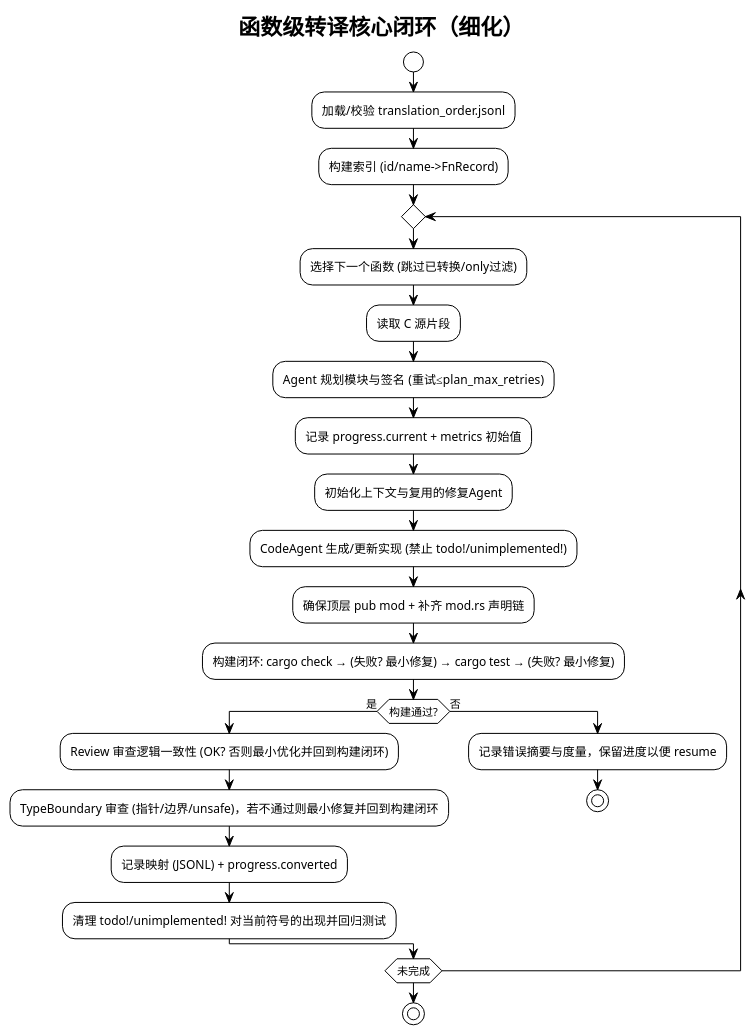
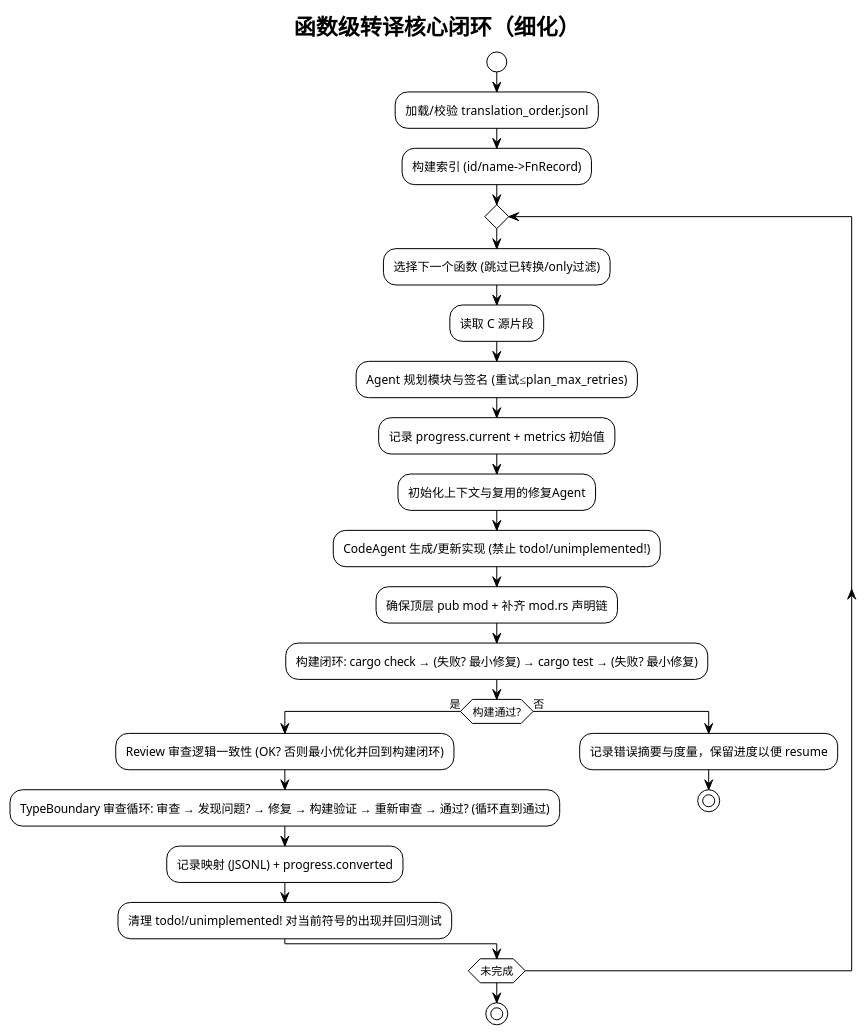
Before and after one commit to skyfireitdiy/Jarvis: diagram 52 of 60 in 技术报告.md, drawn with PlantUML. The commit also changed other lines of this file and 1 other file, not shown here.

````diff
--- a/技术报告.md
+++ b/技术报告.md
@@ -3730,30 +3730,30 @@
 ```plantuml
 @startuml
 !theme plain
 title 函数级转译核心闭环（细化）
 
 start
 :加载/校验 translation_order.jsonl;
 :构建索引 (id/name->FnRecord);
 repeat
   :选择下一个函数 (跳过已转换/only过滤);
   :读取 C 源片段;
   :Agent 规划模块与签名 (重试≤plan_max_retries);
   :记录 progress.current + metrics 初始值;
   :初始化上下文与复用的修复Agent;
   :CodeAgent 生成/更新实现 (禁止 todo!/unimplemented!);
   :确保顶层 pub mod + 补齐 mod.rs 声明链;
   :构建闭环: cargo check → (失败? 最小修复) → cargo test → (失败? 最小修复);
   if (构建通过?) then (是)
     :Review 审查逻辑一致性 (OK? 否则最小优化并回到构建闭环);
-    :TypeBoundary 审查 (指针/边界/unsafe)，若不通过则最小修复并回到构建闭环;
+    :TypeBoundary 审查循环: 审查 → 发现问题? → 修复 → 构建验证 → 重新审查 → 通过? (循环直到通过);
     :记录映射 (JSONL) + progress.converted;
     :清理 todo!/unimplemented! 对当前符号的出现并回归测试;
   else (否)
     :记录错误摘要与度量，保留进度以便 resume;
     stop
   endif
 repeat while (未完成)
 stop
 @enduml
 ```
````
